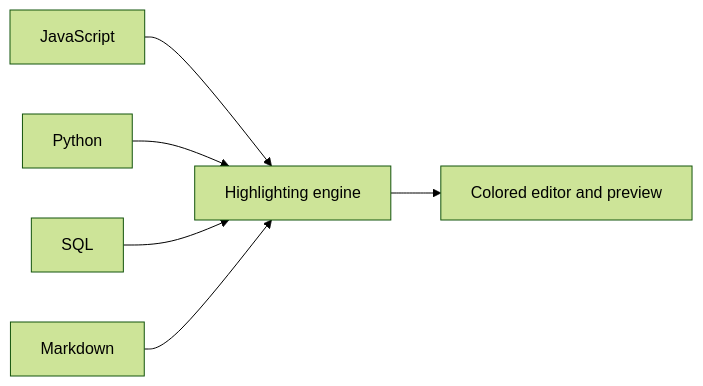
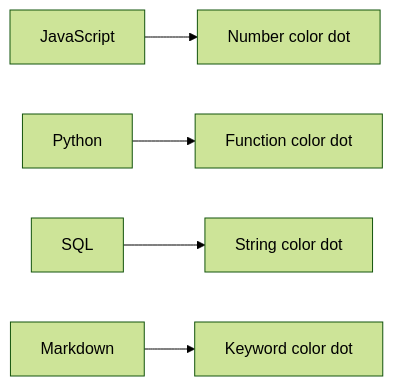
One commit to Mohita111/API2 changed the third of 3 diagrams in api2-documentation/plan_2026-11-02_f8890e/user-facing-docs/syntax-highlighting.md. Above: the diagram before and after it, drawn with Mermaid (forest theme). The commit also changed other lines of this file and 13 other files, not shown here.

````diff
--- a/api2-documentation/plan_2026-11-02_f8890e/user-facing-docs/syntax-highlighting.md
+++ b/api2-documentation/plan_2026-11-02_f8890e/user-facing-docs/syntax-highlighting.md
@@ -24,8 +73,7 @@
 ```mermaid
 graph LR
-  L1[JavaScript] --> E[Highlighting engine]
-  L2[Python] --> E
-  L3[SQL] --> E
-  L4[Markdown] --> E
-  E --> F[Colored editor and preview]
+    JS[JavaScript] --> JSDot[Number color dot]
+    PY[Python] --> PYDot[Function color dot]
+    SQL[SQL] --> SQLDot[String color dot]
+    MD[Markdown] --> MDDot[Keyword color dot]
 ```
````
